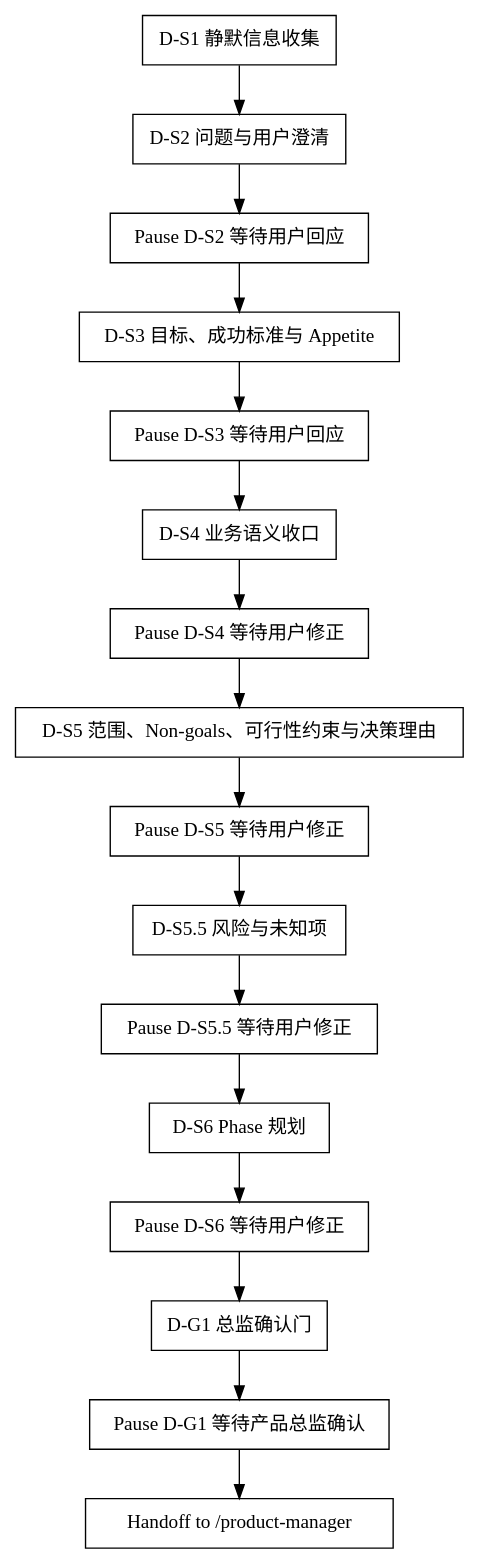
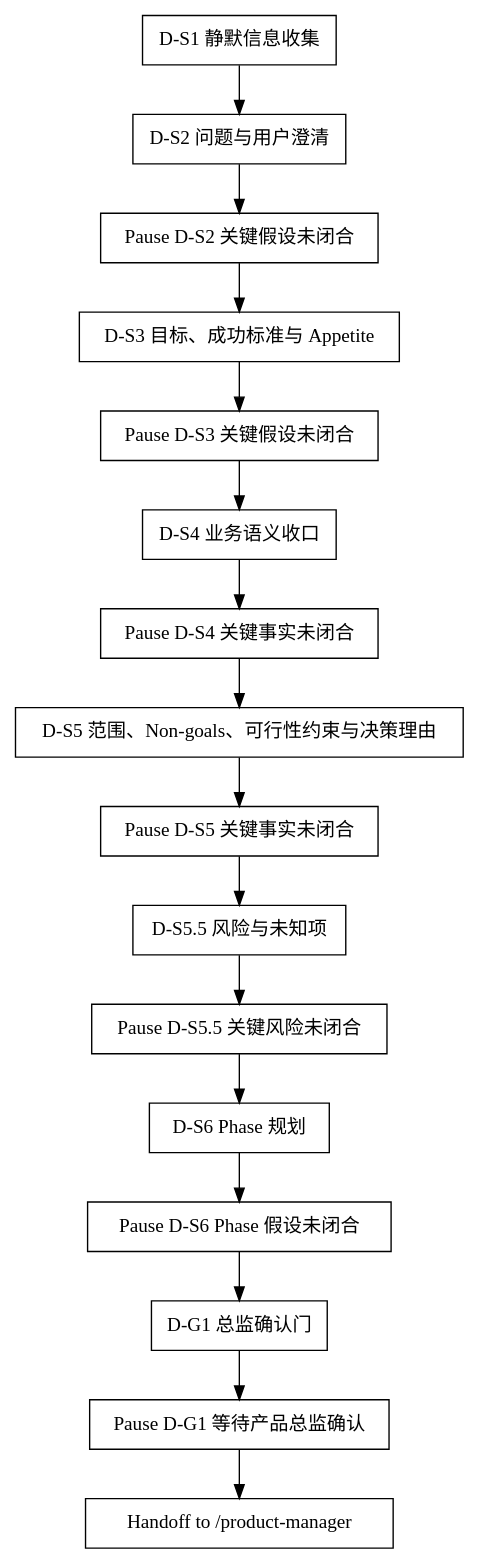
The diagram in shared/skills/product-director/SKILL.md (jieli-cqwl/org-claude-skills), drawn with Graphviz before and after one commit. The commit also changed other lines of this file and 39 other files, not shown here.

````diff
--- a/shared/skills/product-director/SKILL.md
+++ b/shared/skills/product-director/SKILL.md
@@ -47,14 +47,14 @@
 ```dot
 digraph product_director_flow {
   rankdir=TB;
   node [shape=box];
   "D-S1 静默信息收集" -> "D-S2 问题与用户澄清";
-  "D-S2 问题与用户澄清" -> "Pause D-S2 等待用户回应" -> "D-S3 目标、成功标准与 Appetite";
-  "D-S3 目标、成功标准与 Appetite" -> "Pause D-S3 等待用户回应" -> "D-S4 业务语义收口";
-  "D-S4 业务语义收口" -> "Pause D-S4 等待用户修正" -> "D-S5 范围、Non-goals、可行性约束与决策理由";
-  "D-S5 范围、Non-goals、可行性约束与决策理由" -> "Pause D-S5 等待用户修正" -> "D-S5.5 风险与未知项";
-  "D-S5.5 风险与未知项" -> "Pause D-S5.5 等待用户修正" -> "D-S6 Phase 规划";
-  "D-S6 Phase 规划" -> "Pause D-S6 等待用户修正" -> "D-G1 总监确认门";
+  "D-S2 问题与用户澄清" -> "Pause D-S2 关键假设未闭合" -> "D-S3 目标、成功标准与 Appetite";
+  "D-S3 目标、成功标准与 Appetite" -> "Pause D-S3 关键假设未闭合" -> "D-S4 业务语义收口";
+  "D-S4 业务语义收口" -> "Pause D-S4 关键事实未闭合" -> "D-S5 范围、Non-goals、可行性约束与决策理由";
+  "D-S5 范围、Non-goals、可行性约束与决策理由" -> "Pause D-S5 关键事实未闭合" -> "D-S5.5 风险与未知项";
+  "D-S5.5 风险与未知项" -> "Pause D-S5.5 关键风险未闭合" -> "D-S6 Phase 规划";
+  "D-S6 Phase 规划" -> "Pause D-S6 Phase 假设未闭合" -> "D-G1 总监确认门";
   "D-G1 总监确认门" -> "Pause D-G1 等待产品总监确认" -> "Handoff to /product-manager";
 }
 ```
````
